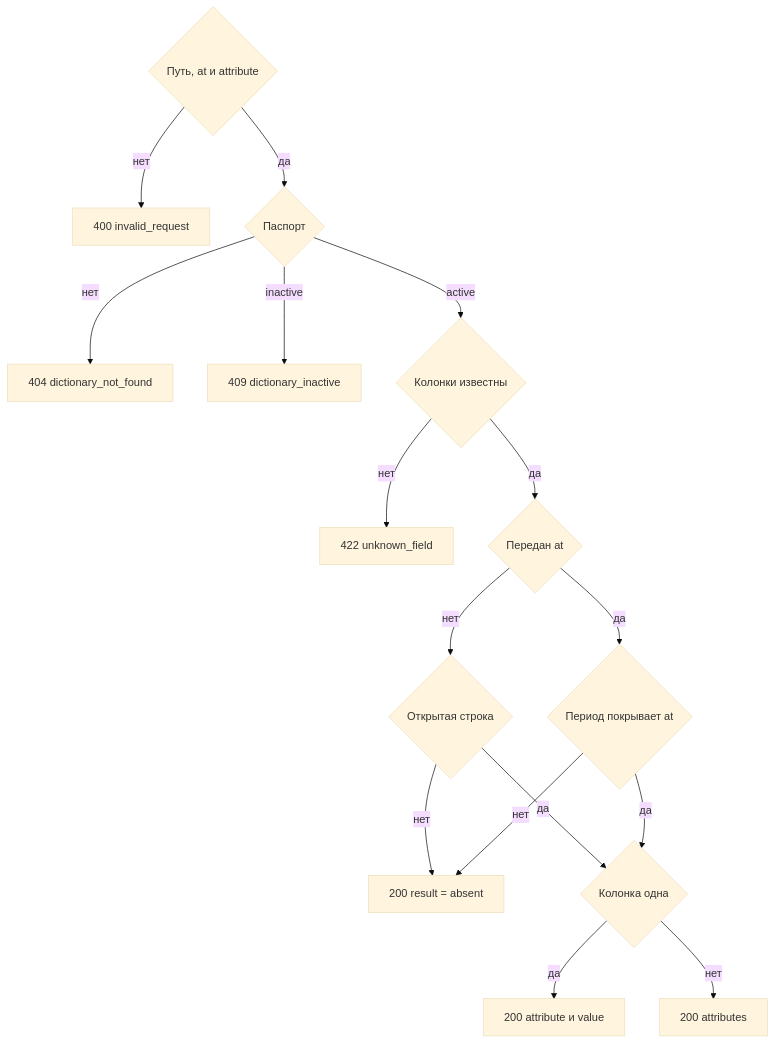
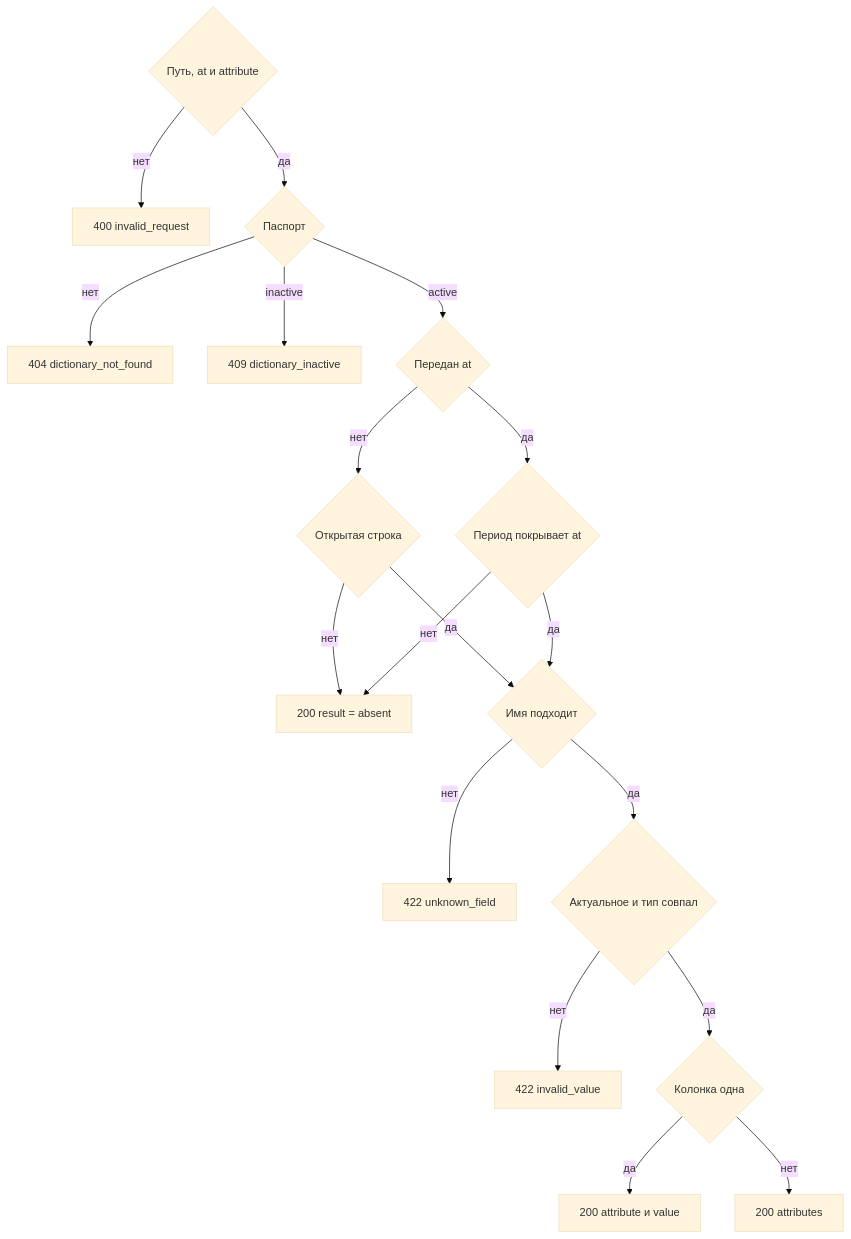
One commit to StrannikE95/reference_data changed the diagram in docs/1. functional/specification/v2 - 1 таблица/api/service.api/DataController/get_value.md. Above: the diagram before and after it, drawn with Mermaid (base theme). The commit also changed other lines of this file and 10 other files, not shown here.

````diff
--- a/docs/1. functional/specification/v2 - 1 таблица/api/service.api/DataController/get_value.md
+++ b/docs/1. functional/specification/v2 - 1 таблица/api/service.api/DataController/get_value.md
@@ -82,18 +87,20 @@
 ```mermaid
 flowchart TD
   fmt{"Путь, at и attribute"} -->|нет| bad["400 invalid_request"]
   fmt -->|да| found{"Паспорт"}
   found -->|нет| miss["404 dictionary_not_found"]
   found -->|inactive| off["409 dictionary_inactive"]
-  found -->|active| cols{"Колонки известны"}
-  cols -->|нет| unk["422 unknown_field"]
-  cols -->|да| mode{"Передан at"}
+  found -->|active| mode{"Передан at"}
   mode -->|нет| open{"Открытая строка"}
   mode -->|да| moment{"Период покрывает at"}
   open -->|нет| abs["200 result = absent"]
   moment -->|нет| abs
-  open -->|да| one{"Колонка одна"}
-  moment -->|да| one
+  open -->|да| name{"Имя подходит"}
+  moment -->|да| name
+  name -->|нет| unk["422 unknown_field"]
+  name -->|да| typ{"Актуальное и тип совпал"}
+  typ -->|нет| badType["422 invalid_value"]
+  typ -->|да| one{"Колонка одна"}
   one -->|да| scalar["200 attribute и value"]
   one -->|нет| map["200 attributes"]
 ```
````
